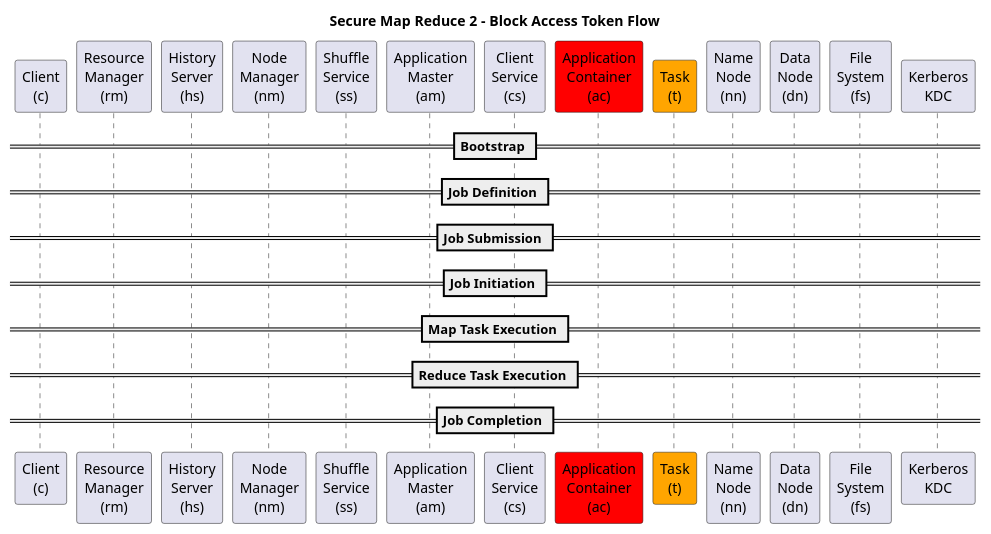
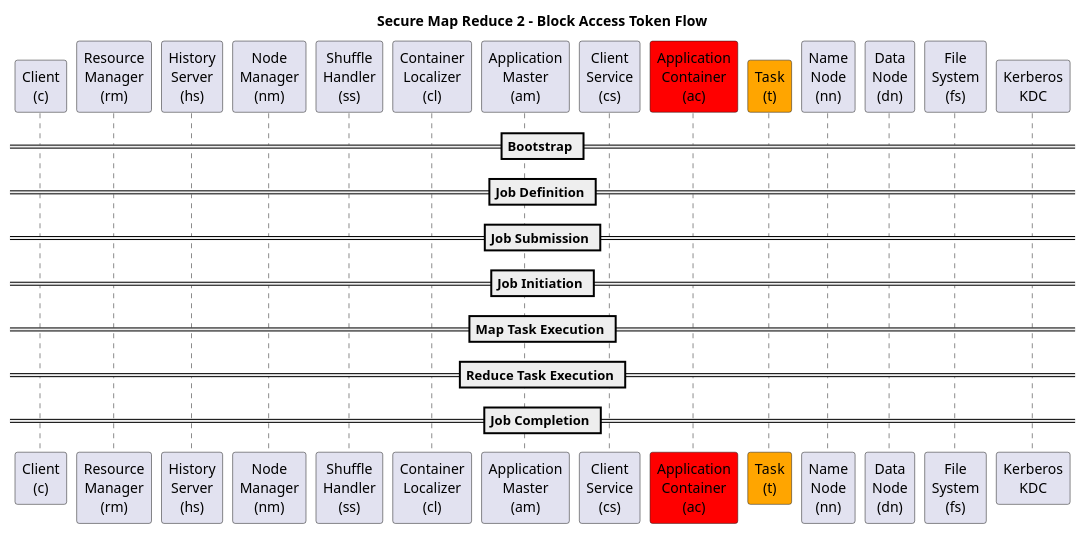
One commit to kminder/puml changed the diagram in hadoop/src/mr2/secure-mapreduce2-00-template.puml. Above: the diagram before and after it, drawn with PlantUML. The commit also changed 37 other files, not shown here.

```diff
--- a/hadoop/src/mr2/secure-mapreduce2-00-template.puml
+++ b/hadoop/src/mr2/secure-mapreduce2-00-template.puml
@@ -1,36 +1,37 @@
 @startuml
 title Secure Map Reduce 2 - Block Access Token Flow
 autonumber
 'hide footbox
 
 participant "Client\n(c)" as C
 participant "Resource\nManager\n(rm)" as RM
 participant "History\nServer\n(hs)" as HS
 participant "Node\nManager\n(nm)" as NM
-participant "Shuffle\nService\n(ss)" as SS
+participant "Shuffle\nHandler\n(ss)" as SS
+participant "Container\nLocalizer\n(cl)" as CL
 participant "Application\nMaster\n(am)" as AM
 participant "Client\nService\n(cs)" as CS
 participant "Application\nContainer\n(ac)" as AC #red
 participant "Task\n(t)" as T #orange
 participant "Name\nNode\n(nn)" as NN
 participant "Data\nNode\n(dn)" as DN
 participant "File\nSystem\n(fs)" as FS
 participant "Kerberos\nKDC" as KDC
 
-  'note over C,KDC #green: QUESTION ?
+'note over C,KDC #green: QUESTION ?
 
 == Bootstrap ==
 
 == Job Definition ==
 
 == Job Submission ==
 
 == Job Initiation ==
 
 == Map Task Execution ==
 
 == Reduce Task Execution ==
 
 == Job Completion ==
 
 @enduml
```
